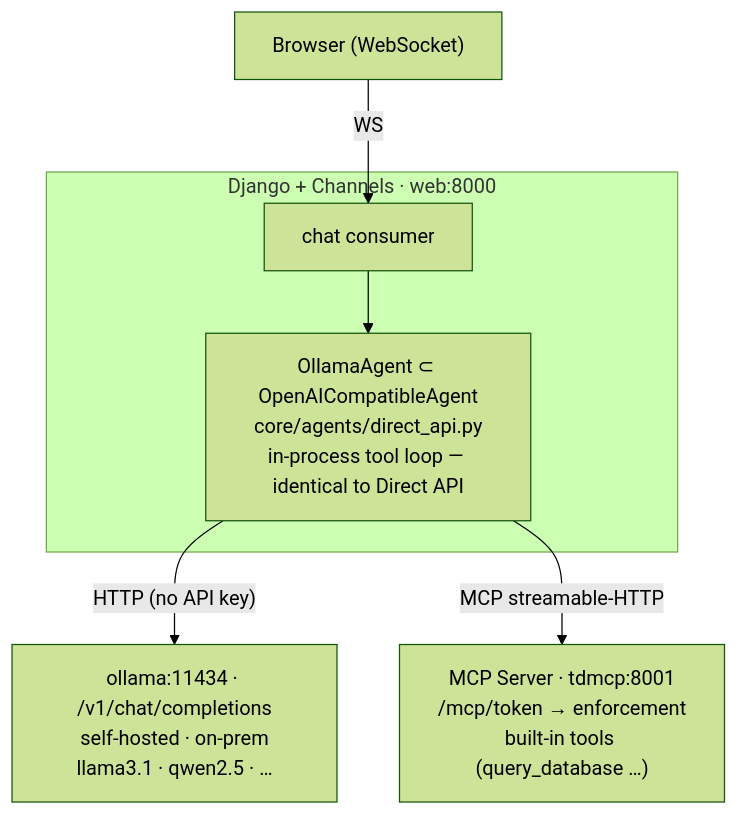
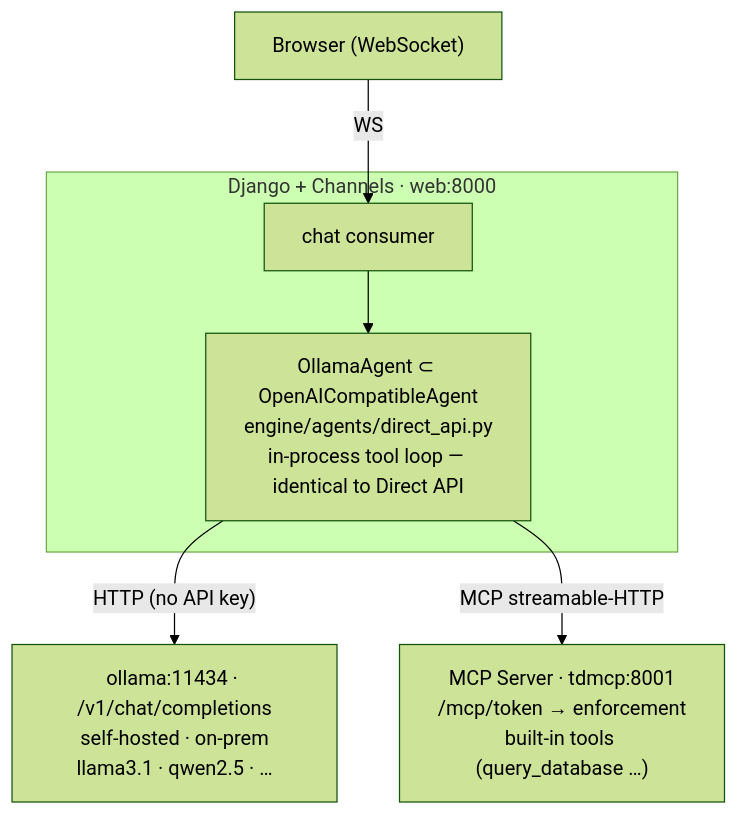
The diagram in documentations/TetherDust Documentation/3. Agent Integrations/5. Local LLM with Ollama.md (mpospirit-apps/TetherDust), drawn with Mermaid (forest theme) before and after one commit. The commit also changed other lines of this file and 341 other files, not shown here.

Commit message:
chore: rename Django apps (core -> engine, portal -> workspace, console -> management)

````diff
--- a/documentations/TetherDust Documentation/3. Agent Integrations/5. Local LLM with Ollama.md
+++ b/documentations/TetherDust Documentation/3. Agent Integrations/5. Local LLM with Ollama.md
@@ -31,17 +31,17 @@
 ```mermaid
 flowchart TD
     Browser["Browser (WebSocket)"]
 
     subgraph web["Django + Channels · web:8000"]
         Consumer["chat consumer"]
-        Agent["OllamaAgent ⊂ OpenAICompatibleAgent<br/>core/agents/direct_api.py<br/>in-process tool loop — identical to Direct API"]
+        Agent["OllamaAgent ⊂ OpenAICompatibleAgent<br/>engine/agents/direct_api.py<br/>in-process tool loop — identical to Direct API"]
     end
 
     Ollama["ollama:11434 · /v1/chat/completions<br/>self-hosted · on-prem<br/>llama3.1 · qwen2.5 · …"]
     MCP["MCP Server · tdmcp:8001<br/>/mcp/token → enforcement<br/>built-in tools (query_database …)"]
 
     Browser -->|WS| Consumer
     Consumer --> Agent
     Agent -->|"HTTP (no API key)"| Ollama
     Agent -->|"MCP streamable-HTTP"| MCP
 ```
````
